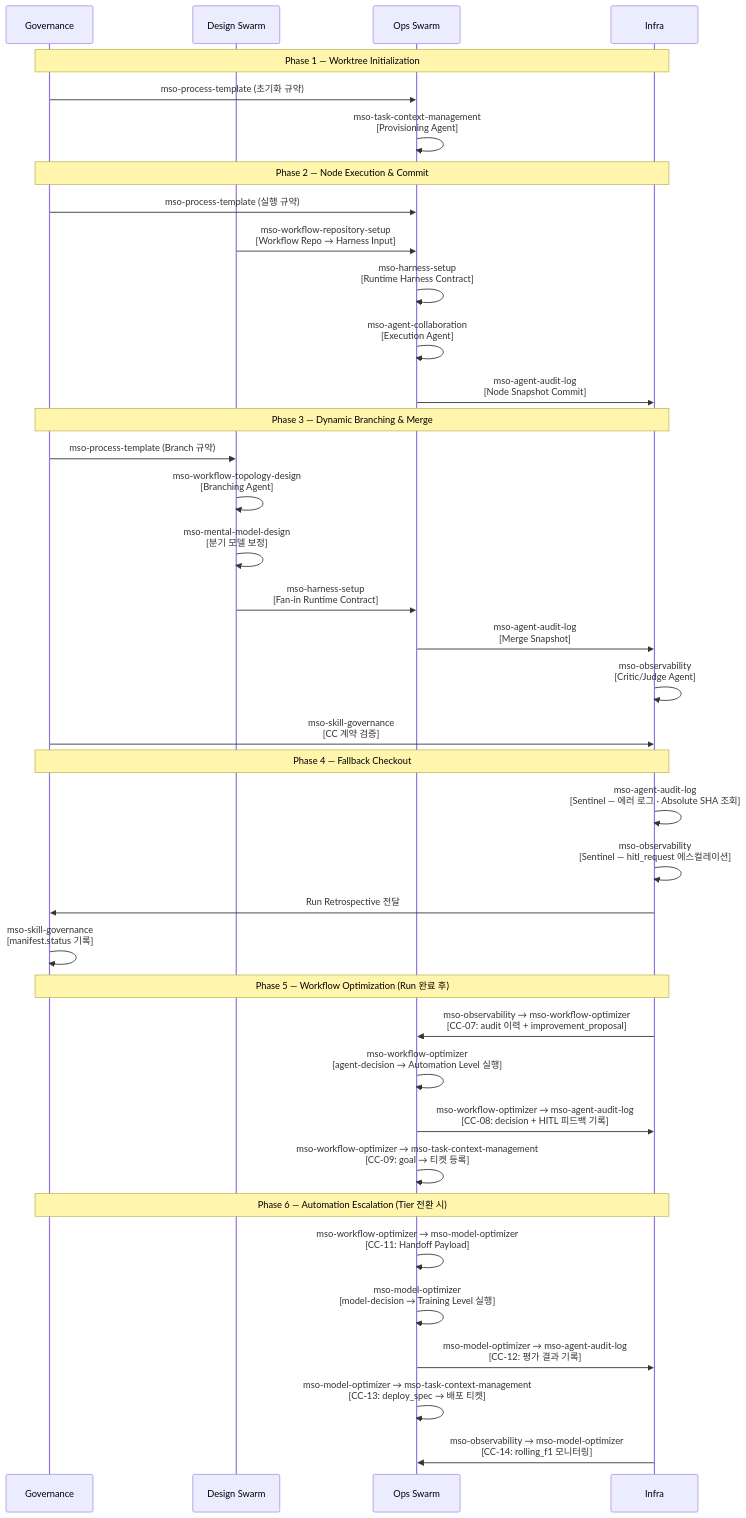
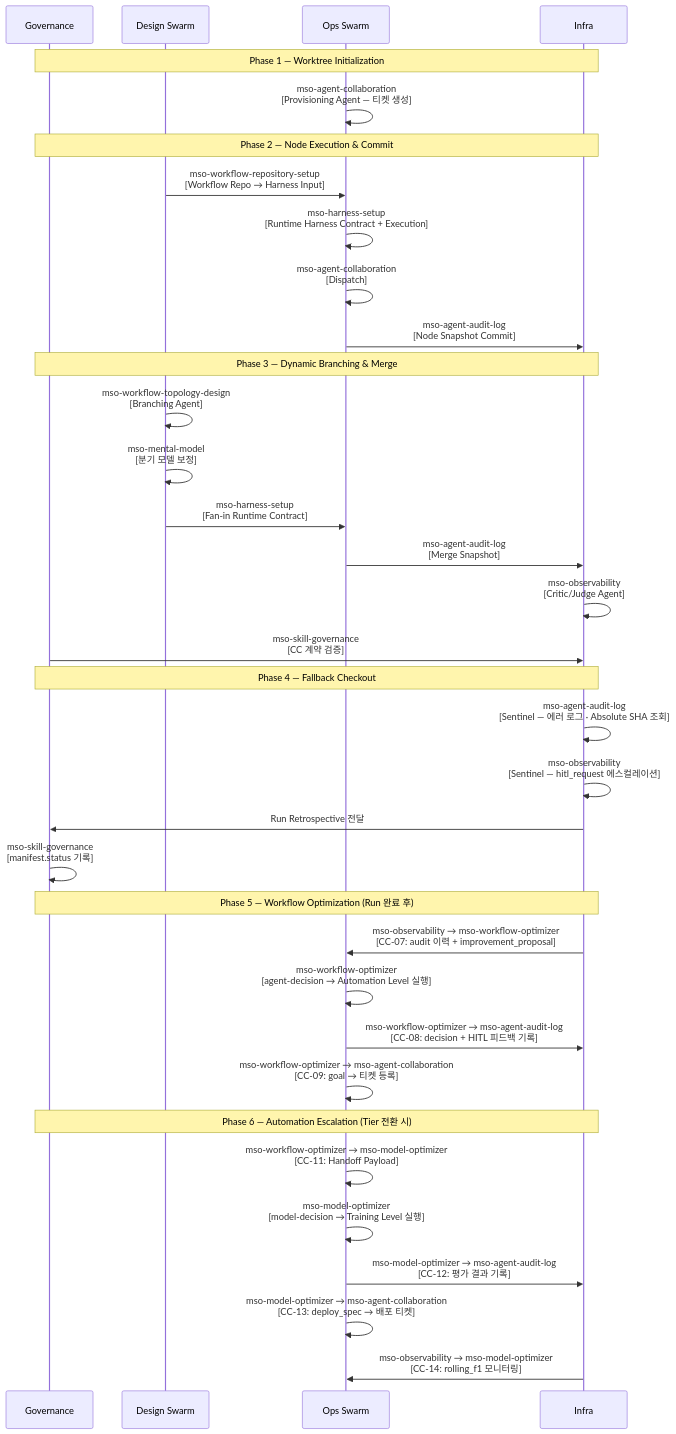
One commit to WMJOON/multi-swarm-orchestrator changed the diagram in docs/usage_matrix.md. Above: the diagram before and after it, drawn with Mermaid. The commit also changed other lines of this file and 38 other files, not shown here.

First line of the commit message:
feat(v0.2.3): absorb mso-task-execution into mso-harness-setup + repo cleanup

````diff
--- a/docs/usage_matrix.md
+++ b/docs/usage_matrix.md
@@ -119,46 +112,43 @@
 ```mermaid
 sequenceDiagram
     participant Gov as Governance
     participant DS as Design Swarm
     participant Ops as Ops Swarm
     participant Infra as Infra
 
     Note over Gov,Infra: Phase 1 — Worktree Initialization
-    Gov->>Ops: mso-process-template (초기화 규약)
-    Ops->>Ops: mso-task-context-management<br/>[Provisioning Agent]
+    Ops->>Ops: mso-agent-collaboration<br/>[Provisioning Agent — 티켓 생성]
 
     Note over Gov,Infra: Phase 2 — Node Execution & Commit
-    Gov->>Ops: mso-process-template (실행 규약)
     DS->>Ops: mso-workflow-repository-setup<br/>[Workflow Repo → Harness Input]
-    Ops->>Ops: mso-harness-setup<br/>[Runtime Harness Contract]
-    Ops->>Ops: mso-agent-collaboration<br/>[Execution Agent]
+    Ops->>Ops: mso-harness-setup<br/>[Runtime Harness Contract + Execution]
+    Ops->>Ops: mso-agent-collaboration<br/>[Dispatch]
     Ops->>Infra: mso-agent-audit-log<br/>[Node Snapshot Commit]
 
     Note over Gov,Infra: Phase 3 — Dynamic Branching & Merge
-    Gov->>DS: mso-process-template (Branch 규약)
     DS->>DS: mso-workflow-topology-design<br/>[Branching Agent]
-    DS->>DS: mso-mental-model-design<br/>[분기 모델 보정]
+    DS->>DS: mso-mental-model<br/>[분기 모델 보정]
     DS->>Ops: mso-harness-setup<br/>[Fan-in Runtime Contract]
     Ops->>Infra: mso-agent-audit-log<br/>[Merge Snapshot]
     Infra->>Infra: mso-observability<br/>[Critic/Judge Agent]
     Gov->>Infra: mso-skill-governance<br/>[CC 계약 검증]
 
     Note over Gov,Infra: Phase 4 — Fallback Checkout
     Infra->>Infra: mso-agent-audit-log<br/>[Sentinel — 에러 로그 · Absolute SHA 조회]
     Infra->>Infra: mso-observability<br/>[Sentinel — hitl_request 에스컬레이션]
     Infra->>Gov: Run Retrospective 전달
     Gov->>Gov: mso-skill-governance<br/>[manifest.status 기록]
 
     Note over Gov,Infra: Phase 5 — Workflow Optimization (Run 완료 후)
     Infra->>Ops: mso-observability → mso-workflow-optimizer<br/>[CC-07: audit 이력 + improvement_proposal]
     Ops->>Ops: mso-workflow-optimizer<br/>[agent-decision → Automation Level 실행]
     Ops->>Infra: mso-workflow-optimizer → mso-agent-audit-log<br/>[CC-08: decision + HITL 피드백 기록]
-    Ops->>Ops: mso-workflow-optimizer → mso-task-context-management<br/>[CC-09: goal → 티켓 등록]
+    Ops->>Ops: mso-workflow-optimizer → mso-agent-collaboration<br/>[CC-09: goal → 티켓 등록]
 
     Note over Gov,Infra: Phase 6 — Automation Escalation (Tier 전환 시)
     Ops->>Ops: mso-workflow-optimizer → mso-model-optimizer<br/>[CC-11: Handoff Payload]
     Ops->>Ops: mso-model-optimizer<br/>[model-decision → Training Level 실행]
     Ops->>Infra: mso-model-optimizer → mso-agent-audit-log<br/>[CC-12: 평가 결과 기록]
-    Ops->>Ops: mso-model-optimizer → mso-task-context-management<br/>[CC-13: deploy_spec → 배포 티켓]
+    Ops->>Ops: mso-model-optimizer → mso-agent-collaboration<br/>[CC-13: deploy_spec → 배포 티켓]
     Infra->>Ops: mso-observability → mso-model-optimizer<br/>[CC-14: rolling_f1 모니터링]
 ```
````
